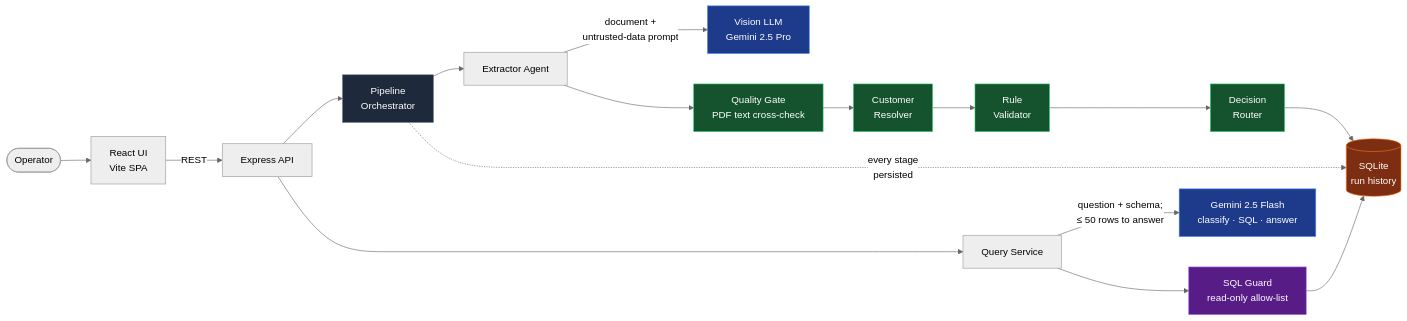
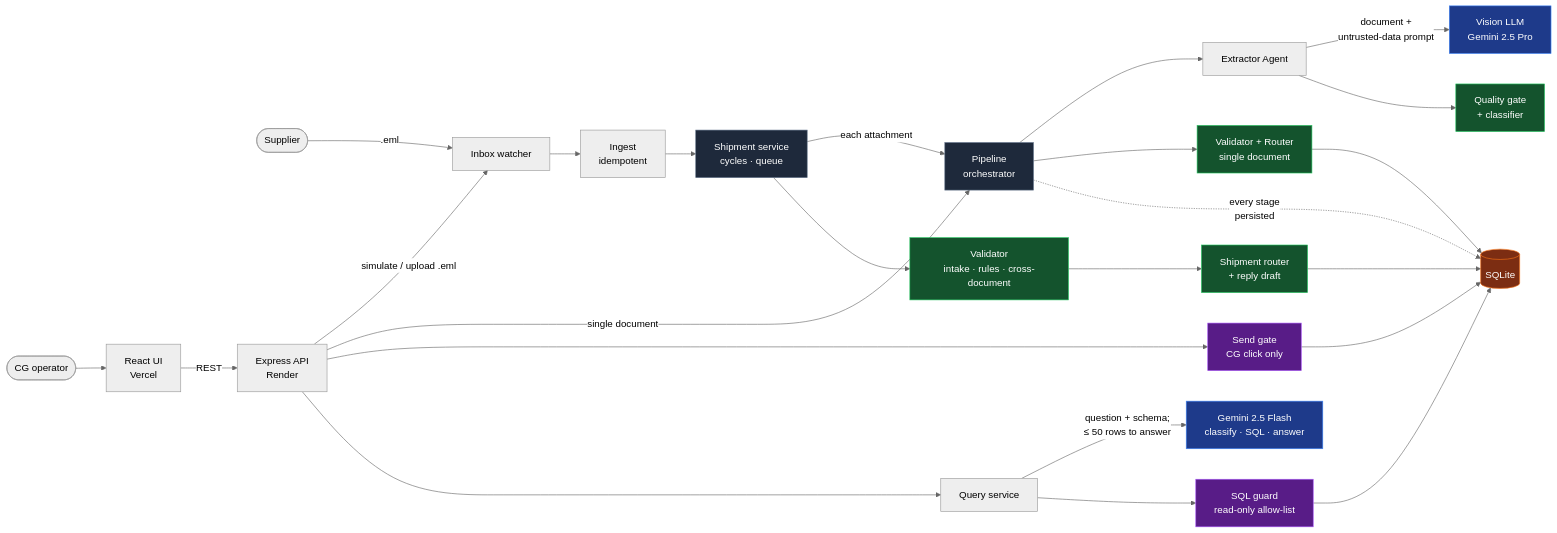
Before and after one commit to Dakshkweera/Go-Comet: the third of 6 diagrams in README.md, drawn with Mermaid (neutral theme). The commit also changed other lines of this file and 1 other file, not shown here.

````diff
--- a/README.md
+++ b/README.md
@@ -126,30 +171,42 @@
 ```mermaid
 graph LR
-    U([Operator]) --> UI["React UI<br/>Vite SPA"]
-    UI -->|REST| API["Express API"]
+    SU([Supplier]) -->|".eml"| INB["Inbox watcher"]
+    CG([CG operator]) --> UI["React UI<br/>Vercel"]
+    UI -->|REST| API["Express API<br/>Render"]
+    API -->|"simulate / upload .eml"| INB
+    INB --> ING["Ingest<br/>idempotent"]
+    ING --> SH["Shipment service<br/>cycles · queue"]
 
-    API --> ORC["Pipeline<br/>Orchestrator"]
+    SH -->|"each attachment"| ORC["Pipeline<br/>orchestrator"]
+    API -->|"single document"| ORC
     ORC --> EX["Extractor Agent"]
     EX -->|"document +<br/>untrusted-data prompt"| VLM["Vision LLM<br/>Gemini 2.5 Pro"]
-    EX --> QG["Quality Gate<br/>PDF text cross-check"]
-    QG --> CR["Customer<br/>Resolver"]
-    CR --> VAL["Rule<br/>Validator"]
-    VAL --> RT["Decision<br/>Router"]
-    RT --> DB[("SQLite<br/>run history")]
+    EX --> QG["Quality gate<br/>+ classifier"]
+    ORC --> RT1["Validator + Router<br/>single document"]
+
+    SH --> VAL["Validator<br/>intake · rules · cross-document"]
+    VAL --> RT2["Shipment router<br/>+ reply draft"]
+    API --> SEND["Send gate<br/>CG click only"]
+
+    RT1 --> DB[("SQLite")]
+    RT2 --> DB
+    SEND --> DB
     ORC -.->|"every stage<br/>persisted"| DB
 
-    API --> QS["Query Service"]
+    API --> QS["Query service"]
     QS -->|"question + schema;<br/>≤ 50 rows to answer"| QLM["Gemini 2.5 Flash<br/>classify · SQL · answer"]
-    QS --> GUARD["SQL Guard<br/>read-only allow-list"]
+    QS --> GUARD["SQL guard<br/>read-only allow-list"]
     GUARD --> DB
 
     style VLM fill:#1e3a8a,color:#fff,stroke:#3b82f6
     style QLM fill:#1e3a8a,color:#fff,stroke:#3b82f6
     style QG fill:#14532d,color:#fff,stroke:#22c55e
-    style CR fill:#14532d,color:#fff,stroke:#22c55e
+    style RT1 fill:#14532d,color:#fff,stroke:#22c55e
     style VAL fill:#14532d,color:#fff,stroke:#22c55e
-    style RT fill:#14532d,color:#fff,stroke:#22c55e
+    style RT2 fill:#14532d,color:#fff,stroke:#22c55e
     style GUARD fill:#581c87,color:#fff,stroke:#a855f7
+    style SEND fill:#581c87,color:#fff,stroke:#a855f7
     style DB fill:#7c2d12,color:#fff,stroke:#f97316
     style ORC fill:#1e293b,color:#fff,stroke:#64748b
+    style SH fill:#1e293b,color:#fff,stroke:#64748b
 ```
````
